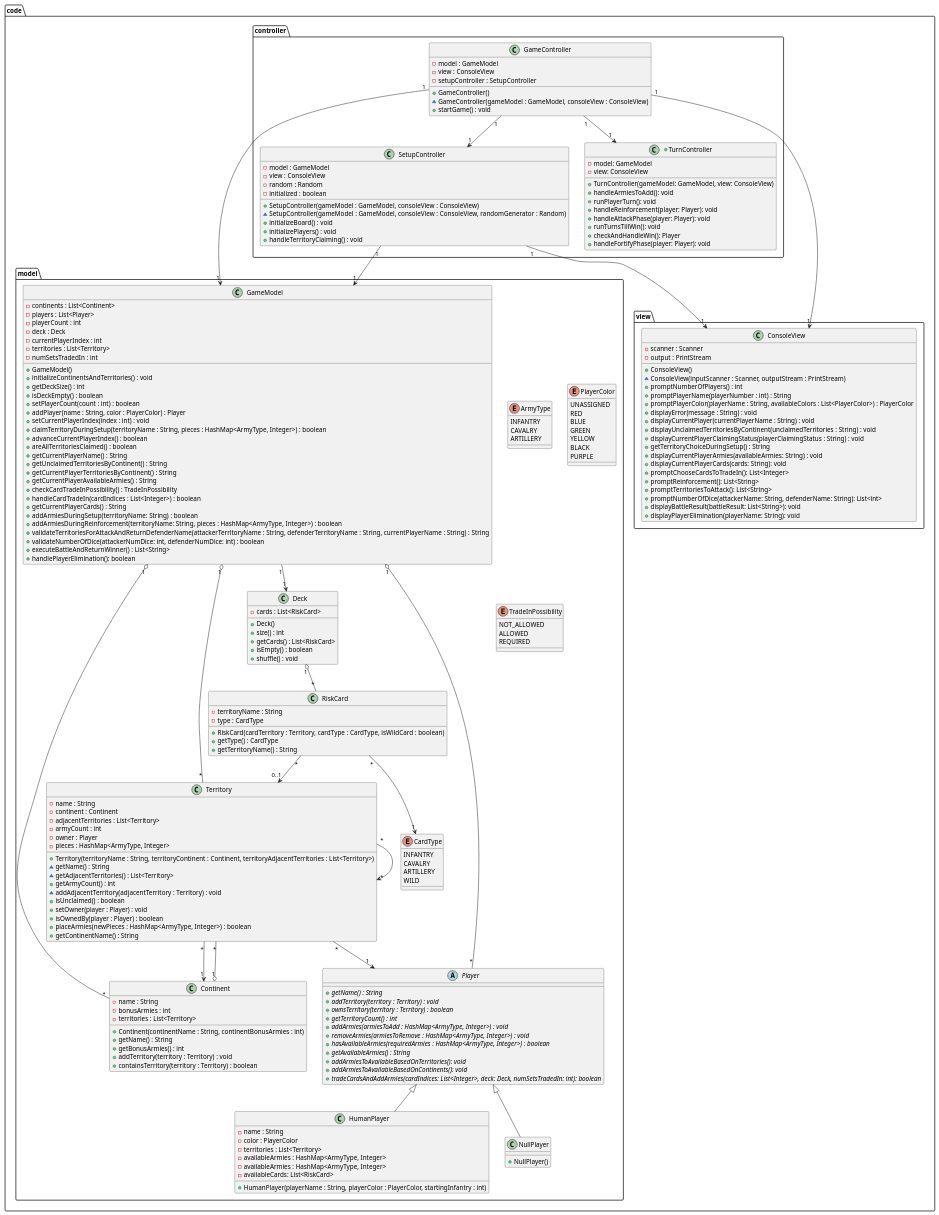
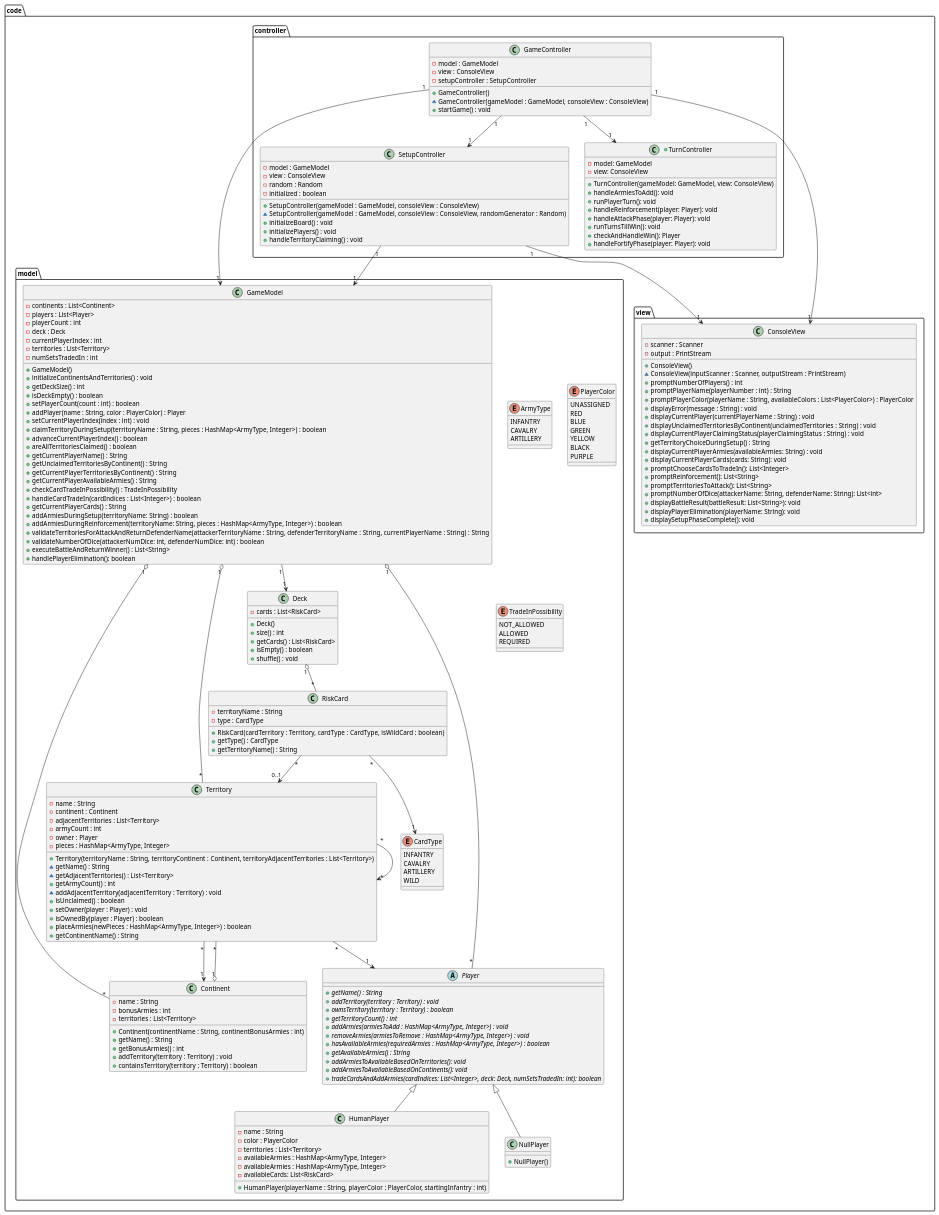
The diagram in docs/design/Class Design.puml (nu-cs-sqe/course-project-20252603-team-01-20252603), drawn with PlantUML before and after one commit.

Commit message:
added new classes to design

```diff
--- a/docs/design/Class Design.puml
+++ b/docs/design/Class Design.puml
@@ -162,6 +162,7 @@
         + promptNumberOfDice(attackerName: String, defenderName: String): List<int>
         + displayBattleResult(battleResult: List<String>): void
         + displayPlayerElimination(playerName: String): void
+        +displaySetupPhaseComplete(): void
     }
 }
 
```
